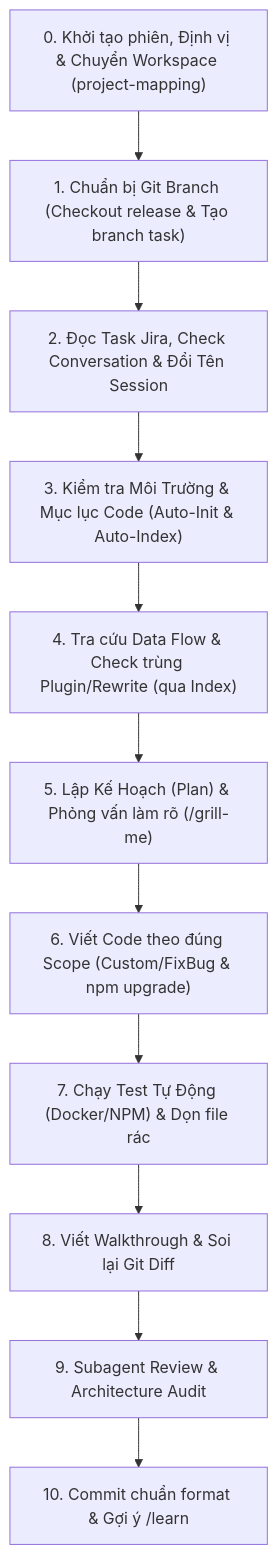
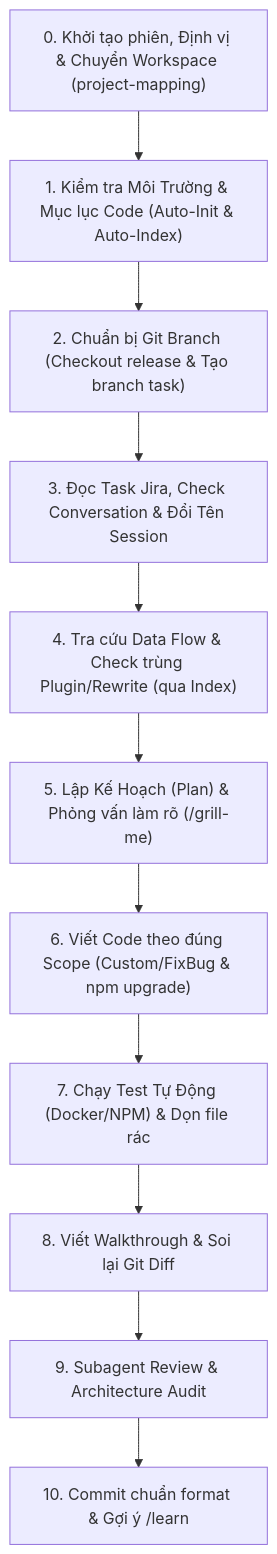
The diagram in rules/user-workflow-and-goals.md (adamphh/study-ai-antigravity-skills), drawn with Mermaid before and after one commit. The commit also changed other lines of this file and 6 other files, not shown here.

Commit message:
docs(learn): enforce auto-init hard gate in start-task and add react-toastify auto-dismiss pattern

````diff
--- a/rules/user-workflow-and-goals.md
+++ b/rules/user-workflow-and-goals.md
@@ -19,13 +19,13 @@
 ```mermaid
 flowchart TD
-    A["0. Khởi tạo phiên, Định vị & Chuyển Workspace (project-mapping)"] --> B["1. Chuẩn bị Git Branch (Checkout release & Tạo branch task)"]
-    B --> C["2. Đọc Task Jira, Check Conversation & Đổi Tên Session"]
-    C --> D["3. Kiểm tra Môi Trường & Mục lục Code (Auto-Init & Auto-Index)"]
+    A["0. Khởi tạo phiên, Định vị & Chuyển Workspace (project-mapping)"] --> B["1. Kiểm tra Môi Trường & Mục lục Code (Auto-Init & Auto-Index)"]
+    B --> C["2. Chuẩn bị Git Branch (Checkout release & Tạo branch task)"]
+    C --> D["3. Đọc Task Jira, Check Conversation & Đổi Tên Session"]
     D --> E["4. Tra cứu Data Flow & Check trùng Plugin/Rewrite (qua Index)"]
     E --> F["5. Lập Kế Hoạch (Plan) & Phỏng vấn làm rõ (/grill-me)"]
     F --> G["6. Viết Code theo đúng Scope (Custom/FixBug & npm upgrade)"]
     G --> H["7. Chạy Test Tự Động (Docker/NPM) & Dọn file rác"]
     H --> I["8. Viết Walkthrough & Soi lại Git Diff"]
     I --> J["9. Subagent Review & Architecture Audit"]
     J --> K["10. Commit chuẩn format & Gợi ý /learn"]
 ```
````
